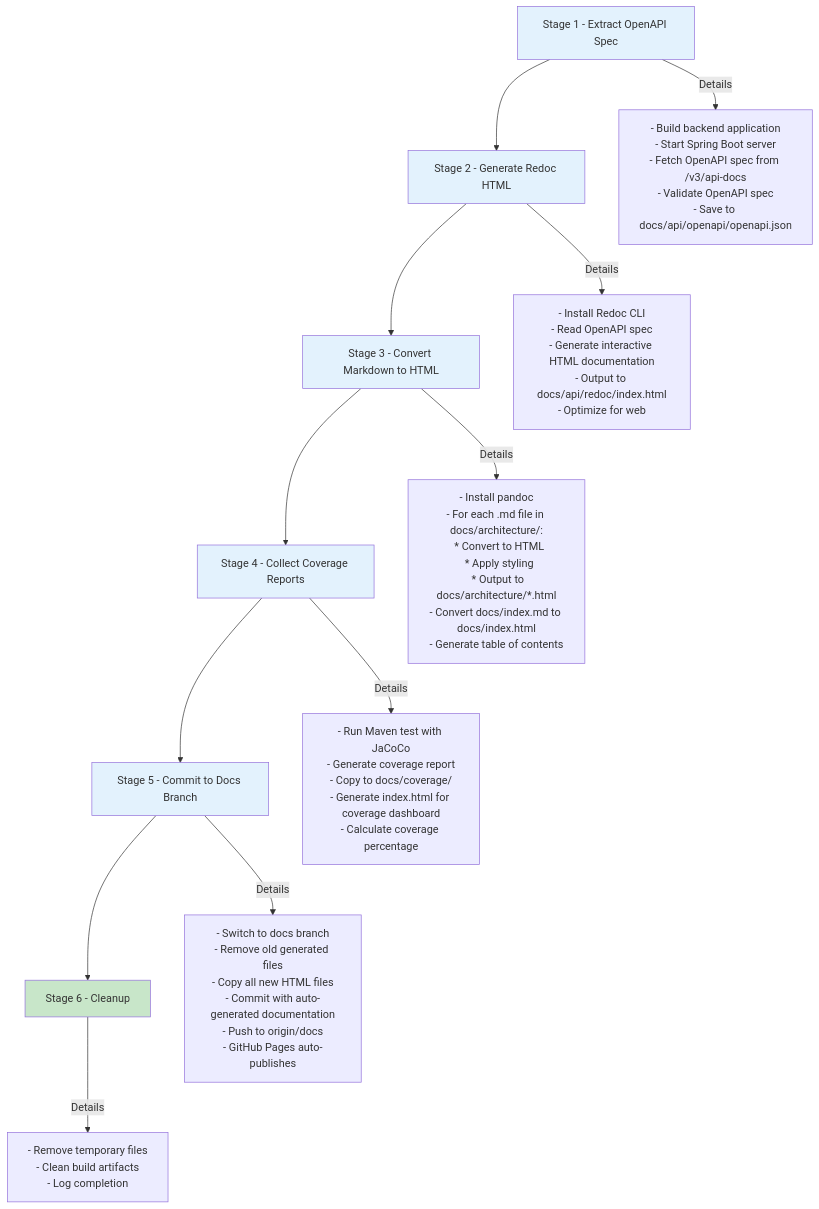
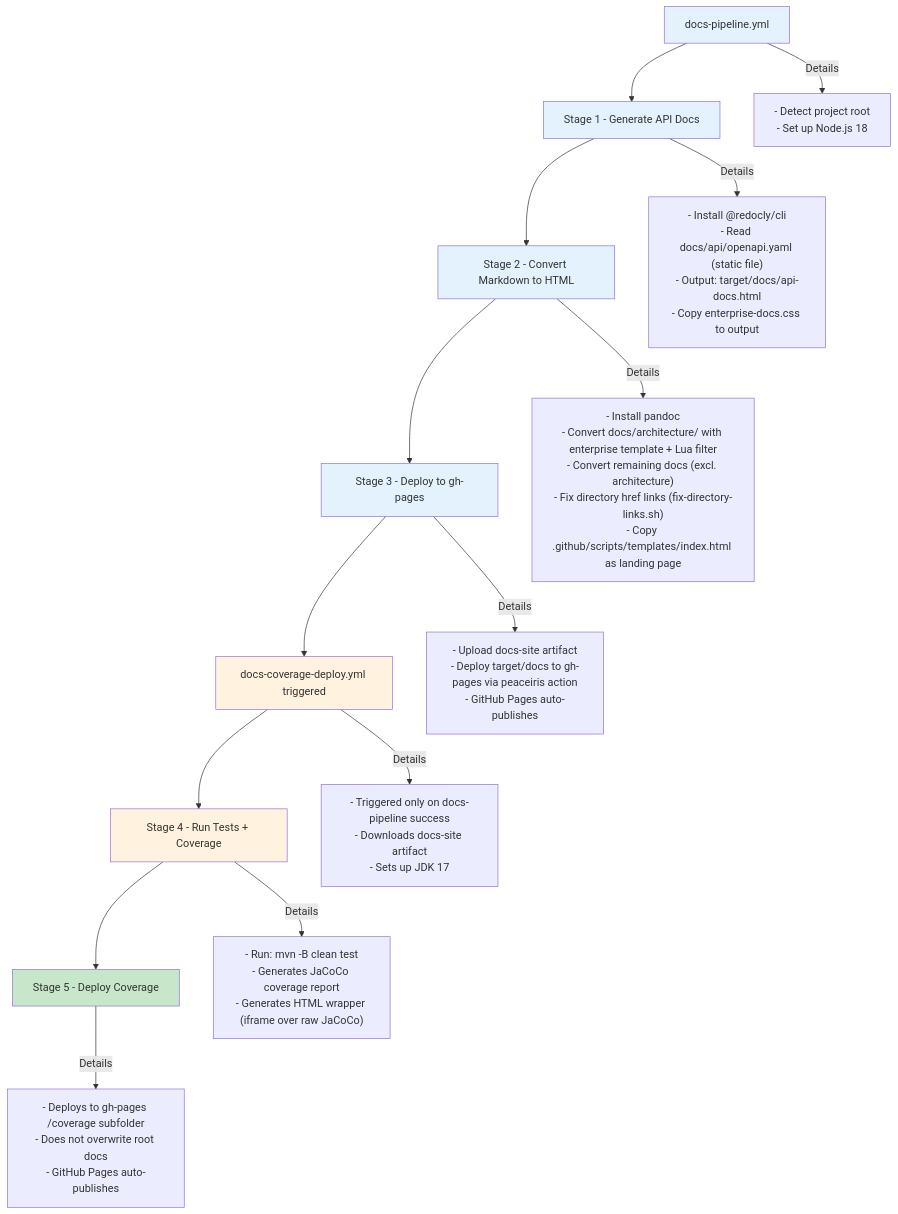
Before and after one commit to Keglev/stockease: the third of 6 diagrams in docs/architecture/deployment.md, drawn with Mermaid. The commit also changed other lines of this file and 6 other files, not shown here.

Commit message:
Updated docs architecture .md files to reflect changes in workflow and script files

````diff
--- a/docs/architecture/deployment.md
+++ b/docs/architecture/deployment.md
@@ -82,22 +82,25 @@
 ```mermaid
 graph TD
-    A[Stage 1 - Extract OpenAPI Spec] --> B[Stage 2 - Generate Redoc HTML]
-    B --> C[Stage 3 - Convert Markdown to HTML]
-    C --> D[Stage 4 - Collect Coverage Reports]
-    D --> E[Stage 5 - Commit to Docs Branch]
-    E --> F[Stage 6 - Cleanup]
-    
-    A -->|Details| A1["- Build backend application<br/>- Start Spring Boot server<br/>- Fetch OpenAPI spec from /v3/api-docs<br/>- Validate OpenAPI spec<br/>- Save to docs/api/openapi/openapi.json"]
-    B -->|Details| B1["- Install Redoc CLI<br/>- Read OpenAPI spec<br/>- Generate interactive HTML documentation<br/>- Output to docs/api/redoc/index.html<br/>- Optimize for web"]
-    C -->|Details| C1["- Install pandoc<br/>- For each .md file in docs/architecture/:<br/>  * Convert to HTML<br/>  * Apply styling<br/>  * Output to docs/architecture/*.html<br/>- Convert docs/index.md to docs/index.html<br/>- Generate table of contents"]
-    D -->|Details| D1["- Run Maven test with JaCoCo<br/>- Generate coverage report<br/>- Copy to docs/coverage/<br/>- Generate index.html for coverage dashboard<br/>- Calculate coverage percentage"]
-    E -->|Details| E1["- Switch to docs branch<br/>- Remove old generated files<br/>- Copy all new HTML files<br/>- Commit with auto-generated documentation<br/>- Push to origin/docs<br/>- GitHub Pages auto-publishes"]
-    F -->|Details| F1["- Remove temporary files<br/>- Clean build artifacts<br/>- Log completion"]
-    
+    A[docs-pipeline.yml] --> B[Stage 1 - Generate API Docs]
+    B --> C[Stage 2 - Convert Markdown to HTML]
+    C --> D[Stage 3 - Deploy to gh-pages]
+    D --> E[docs-coverage-deploy.yml triggered]
+    E --> F[Stage 4 - Run Tests + Coverage]
+    F --> G[Stage 5 - Deploy Coverage]
+
+    A -->|Details| A0["- Detect project root<br/>- Set up Node.js 18"]
+    B -->|Details| B1["- Install @redocly/cli<br/>- Read docs/api/openapi.yaml (static file)<br/>- Output: target/docs/api-docs.html<br/>- Copy enterprise-docs.css to output"]
+    C -->|Details| C1["- Install pandoc<br/>- Convert docs/architecture/ with enterprise template + Lua filter<br/>- Convert remaining docs (excl. architecture)<br/>- Fix directory href links (fix-directory-links.sh)<br/>- Copy .github/scripts/templates/index.html as landing page"]
+    D -->|Details| D1["- Upload docs-site artifact<br/>- Deploy target/docs to gh-pages via peaceiris action<br/>- GitHub Pages auto-publishes"]
+    E -->|Details| E1["- Triggered only on docs-pipeline success<br/>- Downloads docs-site artifact<br/>- Sets up JDK 17"]
+    F -->|Details| F1["- Run: mvn -B clean test<br/>- Generates JaCoCo coverage report<br/>- Generates HTML wrapper (iframe over raw JaCoCo)"]
+    G -->|Details| G1["- Deploys to gh-pages /coverage subfolder<br/>- Does not overwrite root docs<br/>- GitHub Pages auto-publishes"]
+
     style A fill:#e3f2fd
     style B fill:#e3f2fd
     style C fill:#e3f2fd
     style D fill:#e3f2fd
-    style E fill:#e3f2fd
-    style F fill:#c8e6c9
+    style E fill:#fff3e0
+    style F fill:#fff3e0
+    style G fill:#c8e6c9
 ```
````
